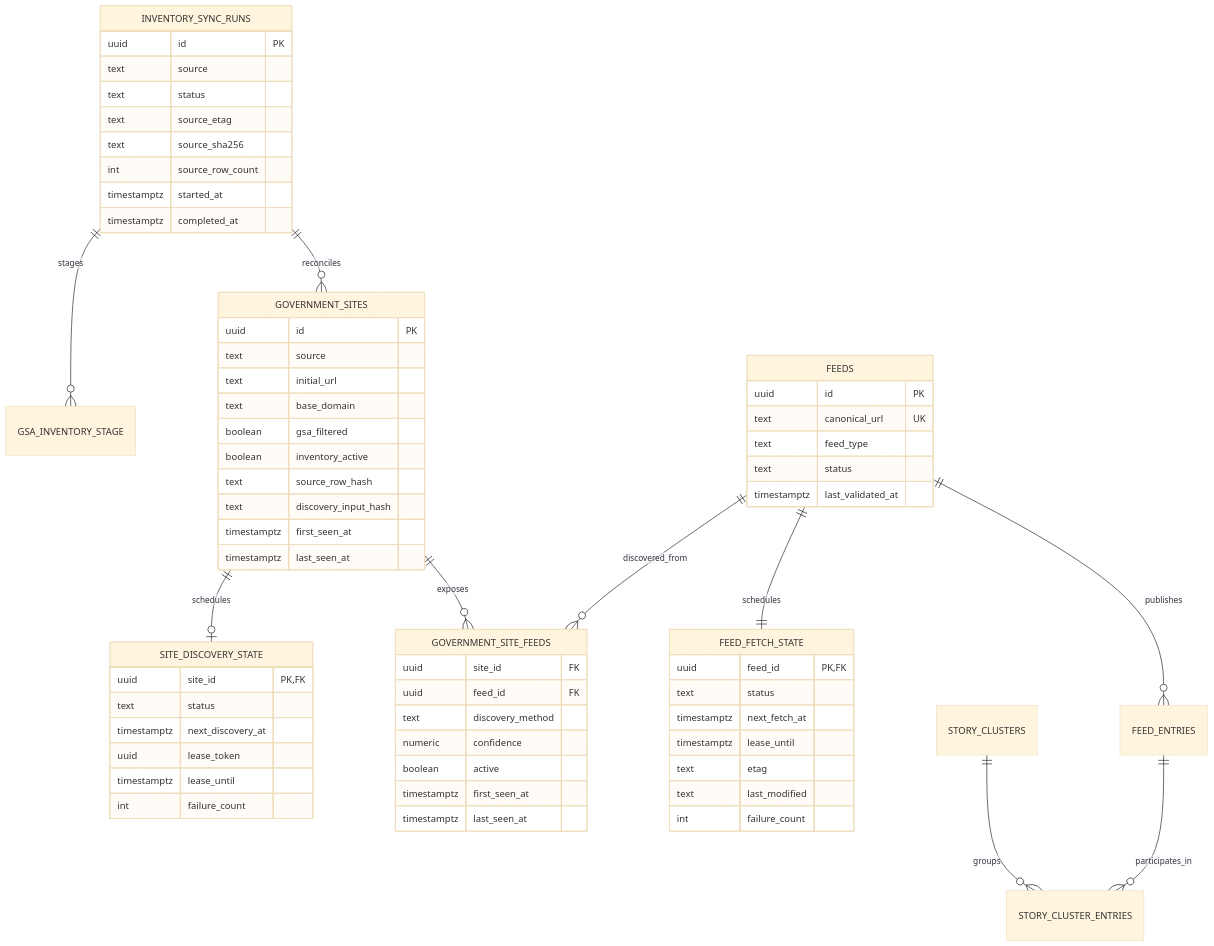
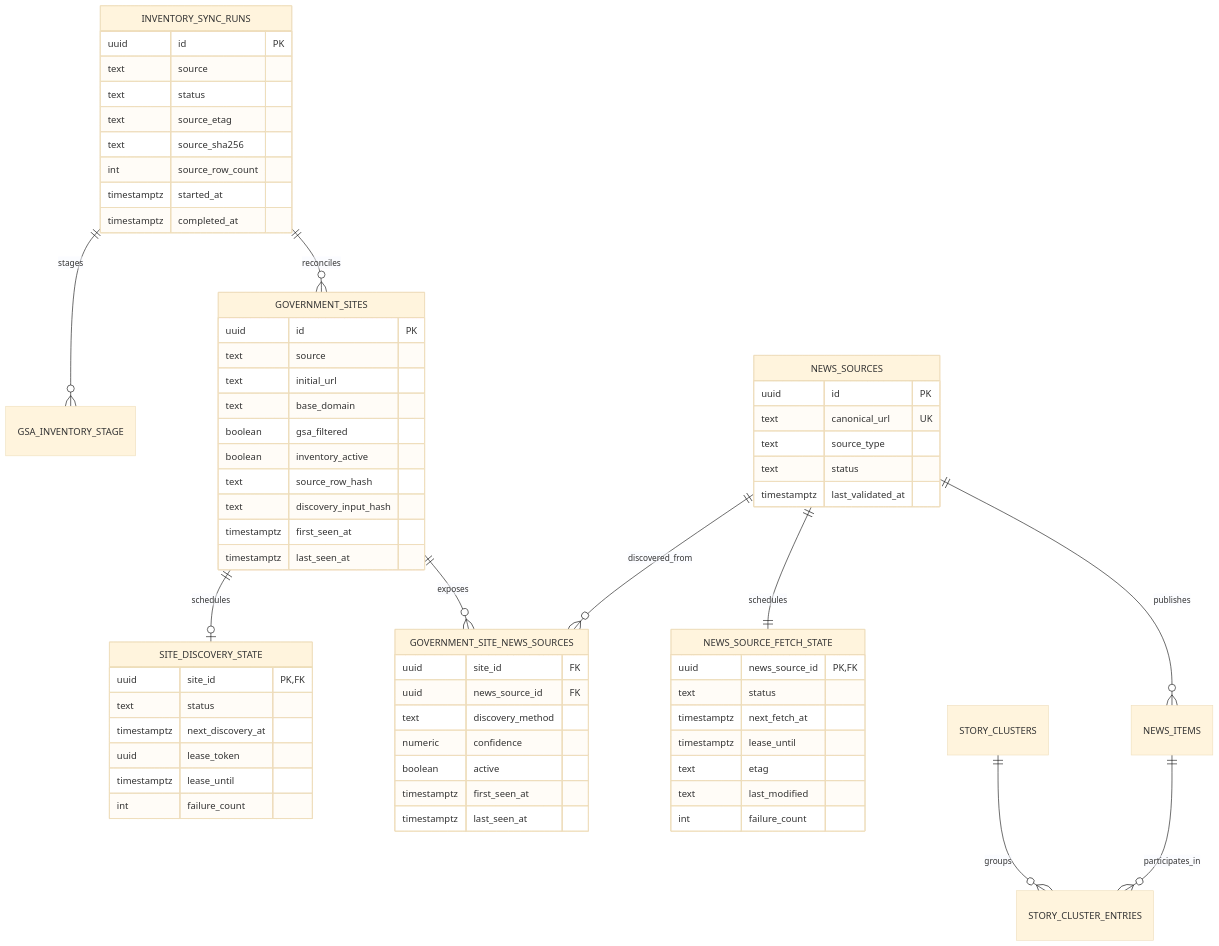
The third of 3 diagrams in architecture.md (Vincen-Le/dot-gov-news-pipeline), drawn with Mermaid (base theme) before and after one commit. The commit also changed other lines of this file and 18 other files, not shown here.

Commit message:
Migrate feeds to generalized news sources

````diff
--- a/architecture.md
+++ b/architecture.md
@@ -549,73 +582,73 @@
 ```mermaid
 erDiagram
     INVENTORY_SYNC_RUNS ||--o{ GSA_INVENTORY_STAGE : stages
     INVENTORY_SYNC_RUNS ||--o{ GOVERNMENT_SITES : reconciles
     GOVERNMENT_SITES ||--o| SITE_DISCOVERY_STATE : schedules
-    GOVERNMENT_SITES ||--o{ GOVERNMENT_SITE_FEEDS : exposes
-    FEEDS ||--o{ GOVERNMENT_SITE_FEEDS : discovered_from
-    FEEDS ||--|| FEED_FETCH_STATE : schedules
-    FEEDS ||--o{ FEED_ENTRIES : publishes
+    GOVERNMENT_SITES ||--o{ GOVERNMENT_SITE_NEWS_SOURCES : exposes
+    NEWS_SOURCES ||--o{ GOVERNMENT_SITE_NEWS_SOURCES : discovered_from
+    NEWS_SOURCES ||--|| NEWS_SOURCE_FETCH_STATE : schedules
+    NEWS_SOURCES ||--o{ NEWS_ITEMS : publishes
     STORY_CLUSTERS ||--o{ STORY_CLUSTER_ENTRIES : groups
-    FEED_ENTRIES ||--o{ STORY_CLUSTER_ENTRIES : participates_in
+    NEWS_ITEMS ||--o{ STORY_CLUSTER_ENTRIES : participates_in
 
     INVENTORY_SYNC_RUNS {
         uuid id PK
         text source
         text status
         text source_etag
         text source_sha256
         int source_row_count
         timestamptz started_at
         timestamptz completed_at
     }
 
     GOVERNMENT_SITES {
         uuid id PK
         text source
         text initial_url
         text base_domain
         boolean gsa_filtered
         boolean inventory_active
         text source_row_hash
         text discovery_input_hash
         timestamptz first_seen_at
         timestamptz last_seen_at
     }
 
     SITE_DISCOVERY_STATE {
         uuid site_id PK,FK
         text status
         timestamptz next_discovery_at
         uuid lease_token
         timestamptz lease_until
         int failure_count
     }
 
-    FEEDS {
+    NEWS_SOURCES {
         uuid id PK
         text canonical_url UK
-        text feed_type
+        text source_type
         text status
         timestamptz last_validated_at
     }
 
-    GOVERNMENT_SITE_FEEDS {
+    GOVERNMENT_SITE_NEWS_SOURCES {
         uuid site_id FK
-        uuid feed_id FK
+        uuid news_source_id FK
         text discovery_method
         numeric confidence
         boolean active
         timestamptz first_seen_at
         timestamptz last_seen_at
     }
 
-    FEED_FETCH_STATE {
-        uuid feed_id PK,FK
+    NEWS_SOURCE_FETCH_STATE {
+        uuid news_source_id PK,FK
         text status
         timestamptz next_fetch_at
         timestamptz lease_until
         text etag
         text last_modified
         int failure_count
     }
 ```
````
